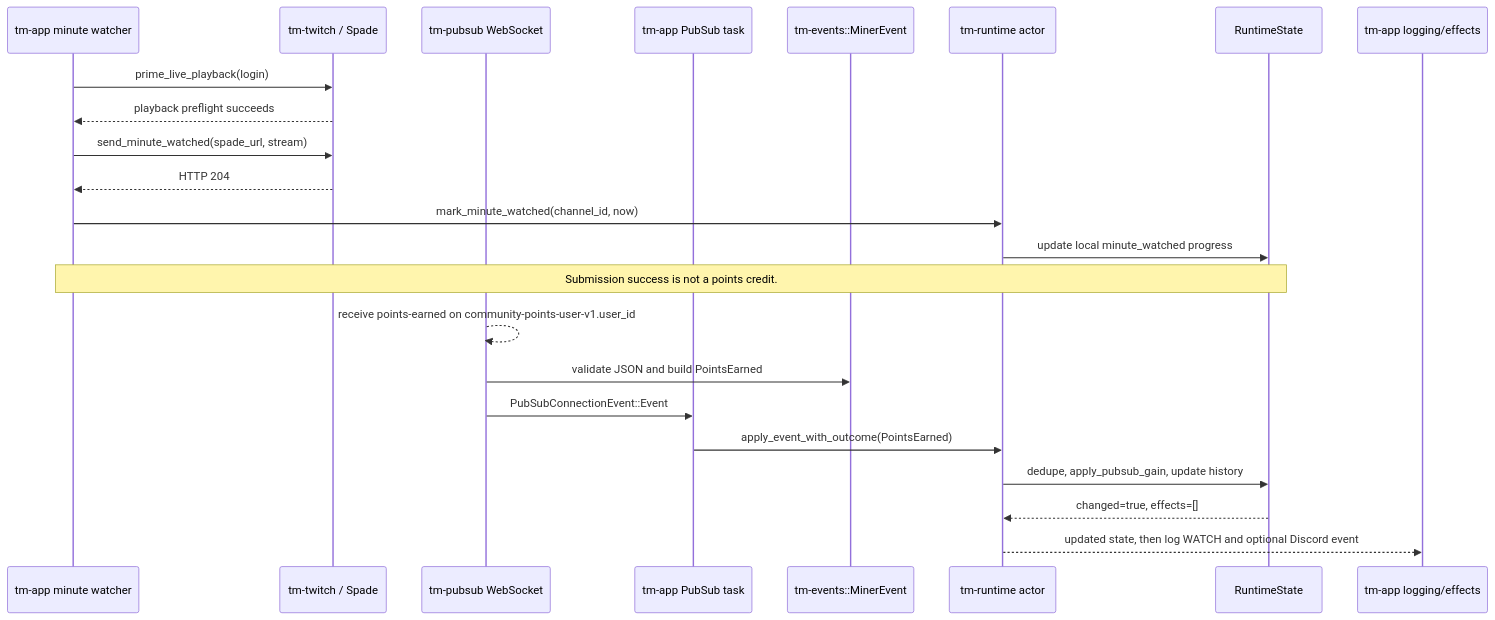
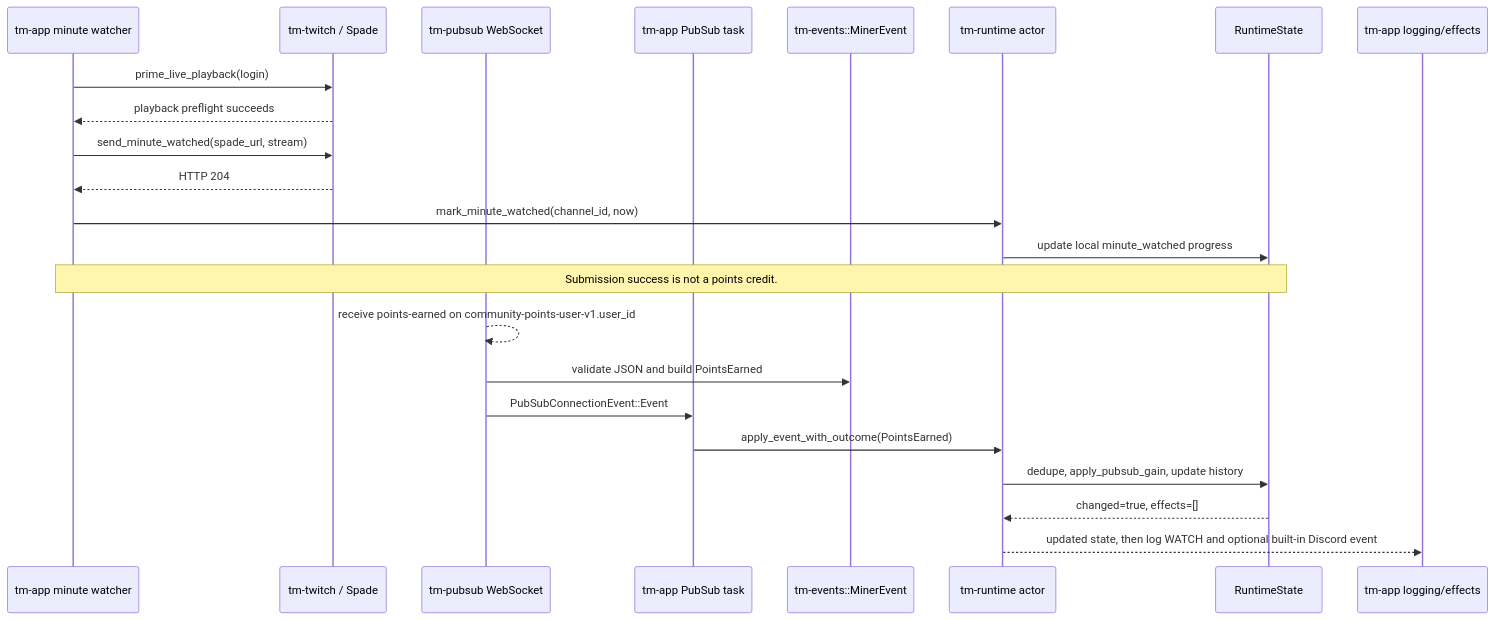
The diagram in docs/architecture/walkthrough.md (FueledByRedBull/Twitch-Miner-Rust), drawn with Mermaid before and after one commit. The commit also changed other lines of this file and 14 other files, not shown here.

````diff
--- a/docs/architecture/walkthrough.md
+++ b/docs/architecture/walkthrough.md
@@ -20,27 +20,27 @@
 ```mermaid
 sequenceDiagram
     participant W as tm-app minute watcher
     participant T as tm-twitch / Spade
     participant P as tm-pubsub WebSocket
     participant U as tm-app PubSub task
     participant E as tm-events::MinerEvent
     participant A as tm-runtime actor
     participant S as RuntimeState
     participant O as tm-app logging/effects
 
     W->>T: prime_live_playback(login)
     T-->>W: playback preflight succeeds
     W->>T: send_minute_watched(spade_url, stream)
     T-->>W: HTTP 204
     W->>A: mark_minute_watched(channel_id, now)
     A->>S: update local minute_watched progress
     Note over W,S: Submission success is not a points credit.
 
     P-->>P: receive points-earned on community-points-user-v1.user_id
     P->>E: validate JSON and build PointsEarned
     P->>U: PubSubConnectionEvent::Event
     U->>A: apply_event_with_outcome(PointsEarned)
     A->>S: dedupe, apply_pubsub_gain, update history
     S-->>A: changed=true, effects=[]
-    A-->>O: updated state, then log WATCH and optional Discord event
+    A-->>O: updated state, then log WATCH and optional built-in Discord event
 ```
````
